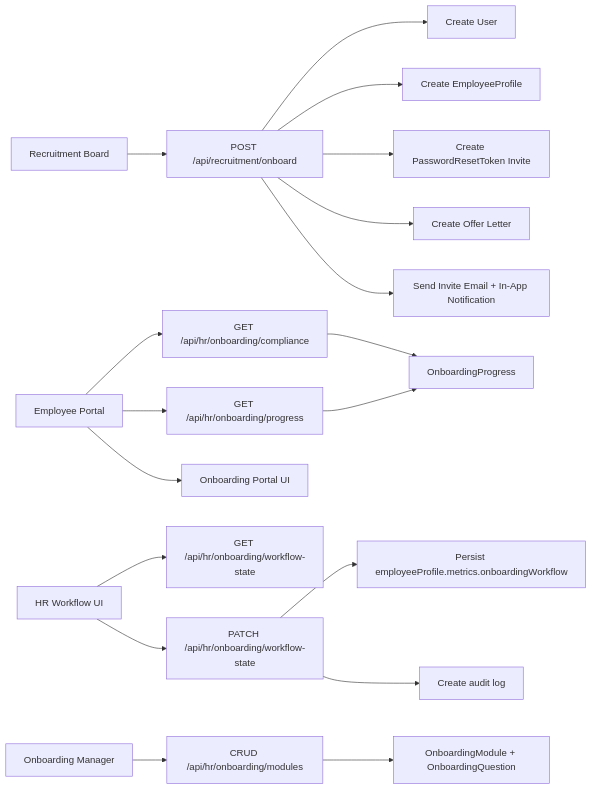
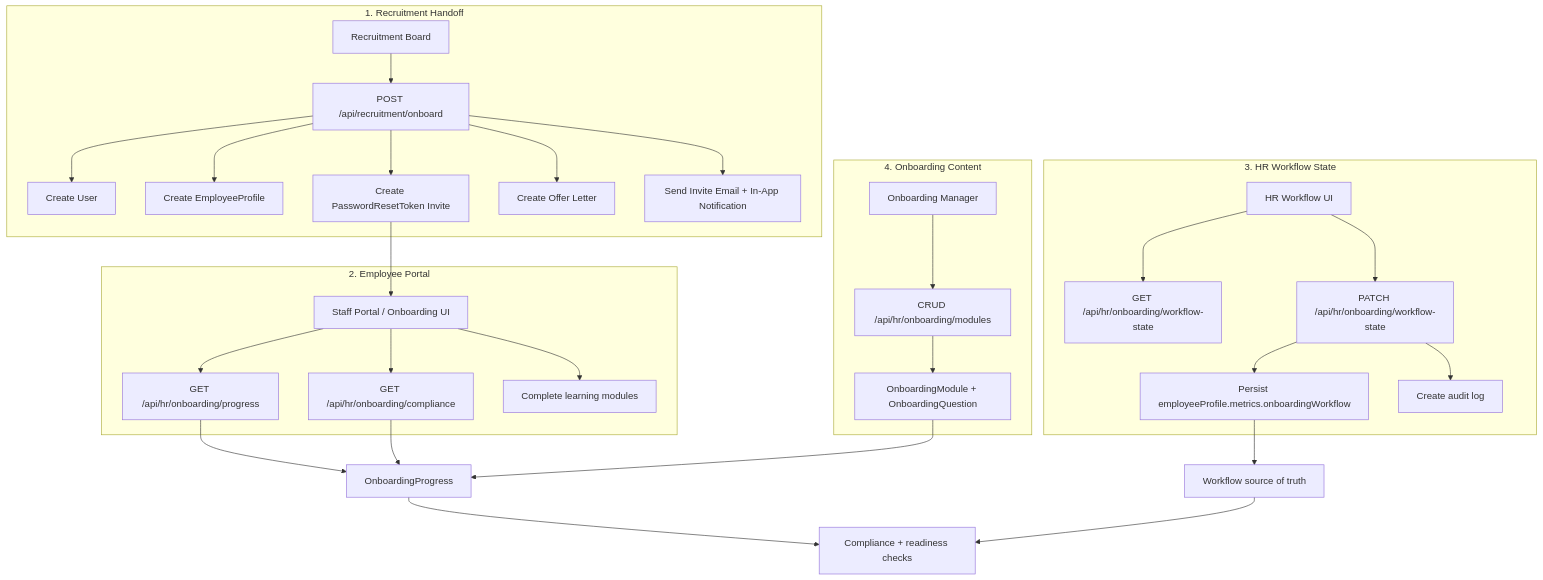
Before and after one commit to akweb1024/ims2: the diagram in docs/hr-onboarding-architecture.md, drawn with Mermaid. The commit also changed other lines of this file and 14 other files, not shown here.

Commit message:
Expand CRM access and onboarding architecture docs

````diff
--- a/docs/hr-onboarding-architecture.md
+++ b/docs/hr-onboarding-architecture.md
@@ -17,24 +19,58 @@
 ```mermaid
-flowchart LR
-    A[Recruitment Board] --> B[POST /api/recruitment/onboard]
-    B --> C[Create User]
-    B --> D[Create EmployeeProfile]
-    B --> E[Create PasswordResetToken Invite]
-    B --> F[Create Offer Letter]
-    B --> G[Send Invite Email + In-App Notification]
+flowchart TB
+    subgraph Recruitment["1. Recruitment Handoff"]
+        A[Recruitment Board]
+        B[POST /api/recruitment/onboard]
+        C[Create User]
+        D[Create EmployeeProfile]
+        E[Create PasswordResetToken Invite]
+        F[Create Offer Letter]
+        G[Send Invite Email + In-App Notification]
 
-    H[Employee Portal] --> I[GET /api/hr/onboarding/progress]
-    H --> J[GET /api/hr/onboarding/compliance]
-    H --> K[Onboarding Portal UI]
+        A --> B
+        B --> C
+        B --> D
+        B --> E
+        B --> F
+        B --> G
+    end
 
-    L[HR Workflow UI] --> M[GET /api/hr/onboarding/workflow-state]
-    L --> N[PATCH /api/hr/onboarding/workflow-state]
-    N --> O[Persist employeeProfile.metrics.onboardingWorkflow]
-    N --> P[Create audit log]
+    subgraph Employee["2. Employee Portal"]
+        H[Staff Portal / Onboarding UI]
+        I[GET /api/hr/onboarding/progress]
+        J[GET /api/hr/onboarding/compliance]
+        K[Complete learning modules]
+        H --> I
+        H --> J
+        H --> K
+    end
 
-    Q[Onboarding Manager] --> R[CRUD /api/hr/onboarding/modules]
-    R --> S[OnboardingModule + OnboardingQuestion]
+    subgraph Workflow["3. HR Workflow State"]
+        L[HR Workflow UI]
+        M[GET /api/hr/onboarding/workflow-state]
+        N[PATCH /api/hr/onboarding/workflow-state]
+        O[Persist employeeProfile.metrics.onboardingWorkflow]
+        P[Create audit log]
 
-    J --> T[OnboardingProgress]
-    I --> T
+        L --> M
+        L --> N
+        N --> O
+        N --> P
+    end
+
+    subgraph Content["4. Onboarding Content"]
+        Q[Onboarding Manager]
+        R[CRUD /api/hr/onboarding/modules]
+        S[OnboardingModule + OnboardingQuestion]
+        Q --> R
+        R --> S
+    end
+
+    E --> H
+    I --> T[OnboardingProgress]
+    J --> T
+    S --> T
+    O --> U[Workflow source of truth]
+    T --> V[Compliance + readiness checks]
+    U --> V
 ```
````
